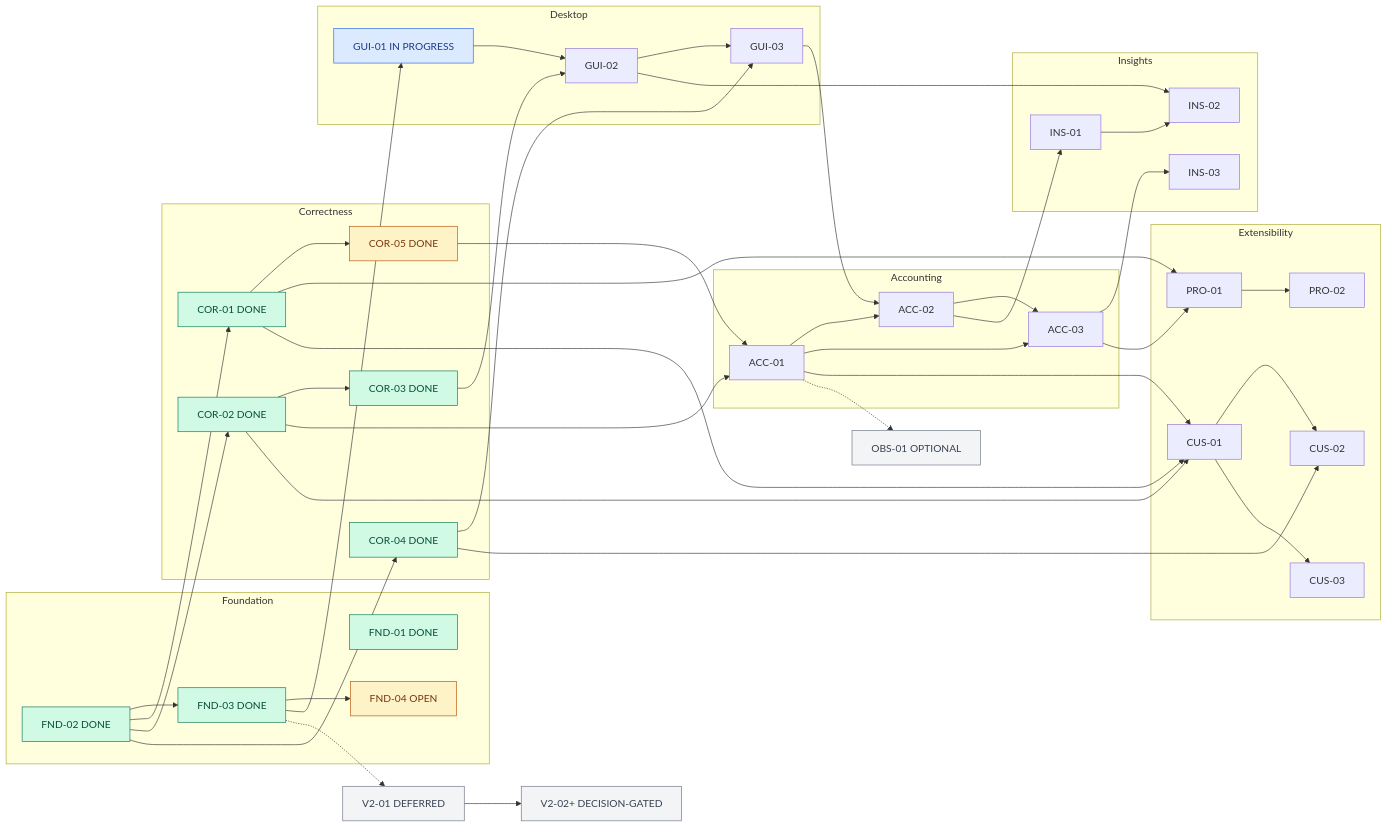
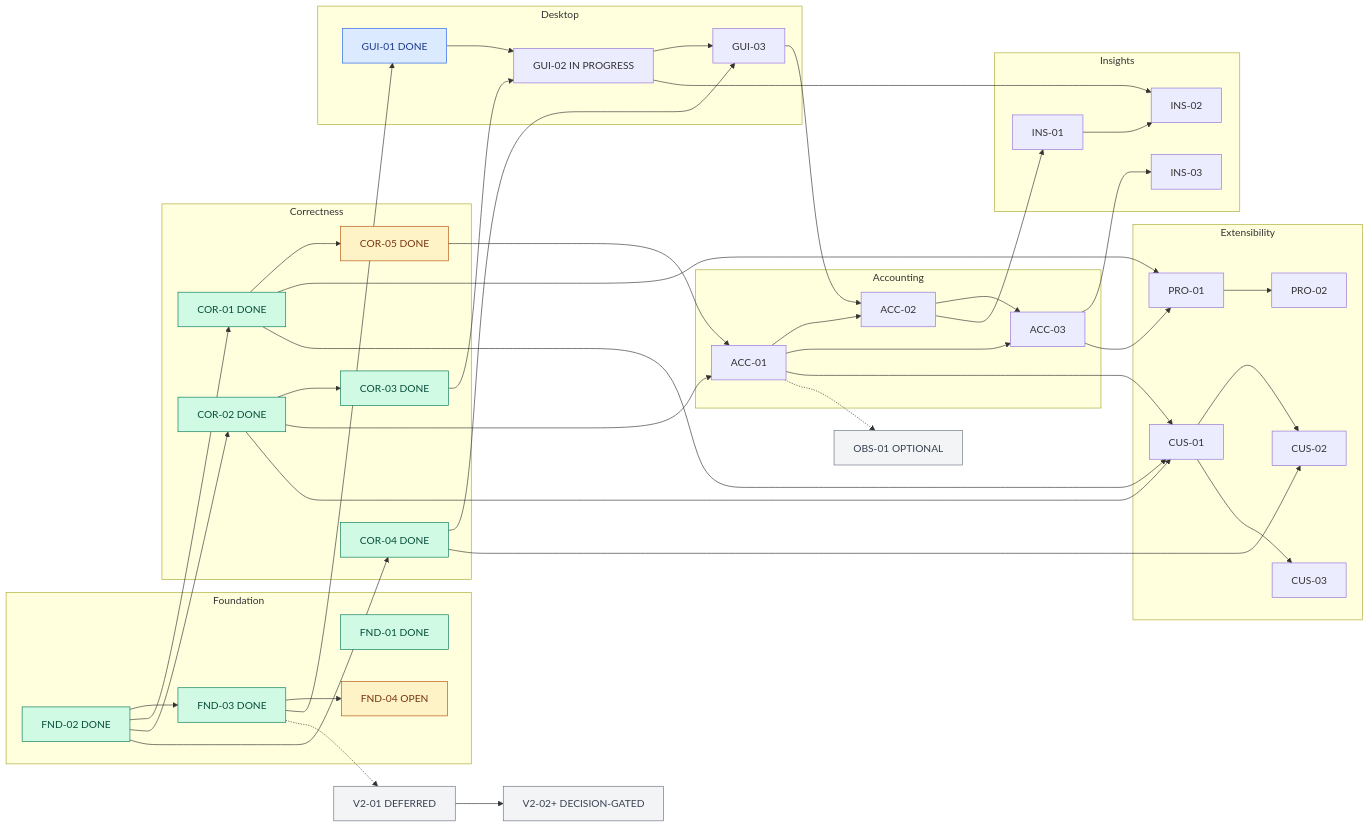
The second of 2 diagrams in UPSTREAM_DELIVERY_PLAN.md (thanhndv212/opencode-quota), drawn with Mermaid before and after one commit. The commit also changed other lines of this file and 13 other files, not shown here.

````diff
--- a/UPSTREAM_DELIVERY_PLAN.md
+++ b/UPSTREAM_DELIVERY_PLAN.md
@@ -176,58 +178,58 @@
 ```mermaid
 flowchart LR
   subgraph Foundation
     F01["FND-01 DONE"]
     F02["FND-02 DONE"] --> F03["FND-03 DONE"]
     F03 --> F04["FND-04 OPEN"]
   end
   subgraph Correctness
     F02 --> C01["COR-01 DONE"]
     F02 --> C02["COR-02 DONE"]
     C02 --> C03["COR-03 DONE"]
     F02 --> C04["COR-04 DONE"]
     C01 --> C05["COR-05 DONE"]
   end
   subgraph Desktop
-    F03 --> G01["GUI-01 IN PROGRESS"]
-    G01 --> G02["GUI-02"]
+    F03 --> G01["GUI-01 DONE"]
+    G01 --> G02["GUI-02 IN PROGRESS"]
     C03 --> G02
     G02 --> G03["GUI-03"]
     C04 --> G03
   end
   subgraph Accounting
     C02 --> A01["ACC-01"]
     C05 --> A01
     A01 --> A02["ACC-02"]
     G03 --> A02
     A01 --> A03["ACC-03"]
     A02 --> A03
   end
   subgraph Insights
     A02 --> I01["INS-01"]
     I01 --> I02["INS-02"]
     G02 --> I02
     A03 --> I03["INS-03"]
   end
   subgraph Extensibility
     A03 --> P01["PRO-01"]
     C01 --> P01
     P01 --> P02["PRO-02"]
     A01 --> U01["CUS-01"]
     C01 --> U01
     C02 --> U01
     U01 --> U02["CUS-02"]
     C04 --> U02
     U01 --> U03["CUS-03"]
   end
   A01 -.-> O01["OBS-01 OPTIONAL"]
   F03 -.-> V01["V2-01 DEFERRED"]
   V01 --> V02["V2-02+ DECISION-GATED"]
   classDef done fill:#d1fae5,stroke:#047857,color:#064e3b;
   classDef active fill:#fef3c7,stroke:#b45309,color:#78350f;
   classDef ready fill:#dbeafe,stroke:#2563eb,color:#1e3a8a;
   classDef optional fill:#f3f4f6,stroke:#6b7280,color:#374151;
   class F01,F02,F03,C01,C02,C03,C04 done;
   class F04,C05 active;
   class G01 ready;
   class O01,V01,V02 optional;
 ```
````
